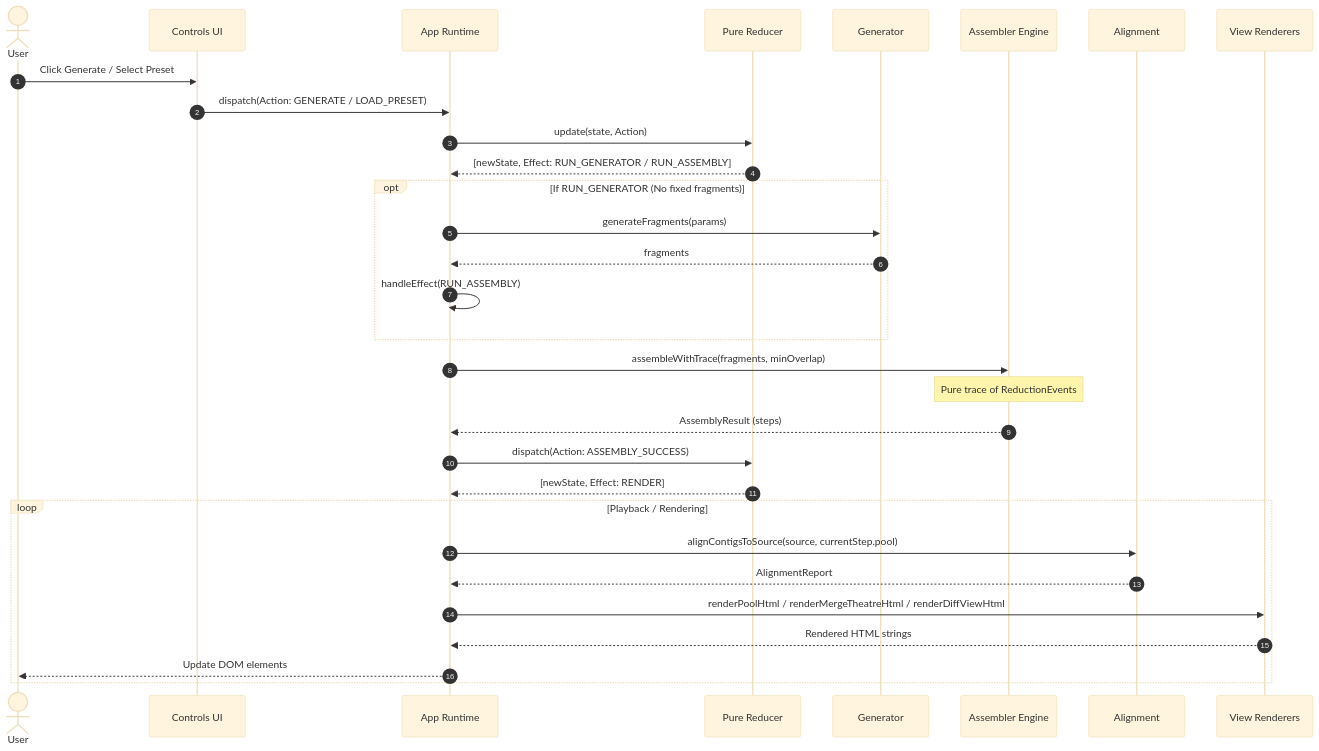
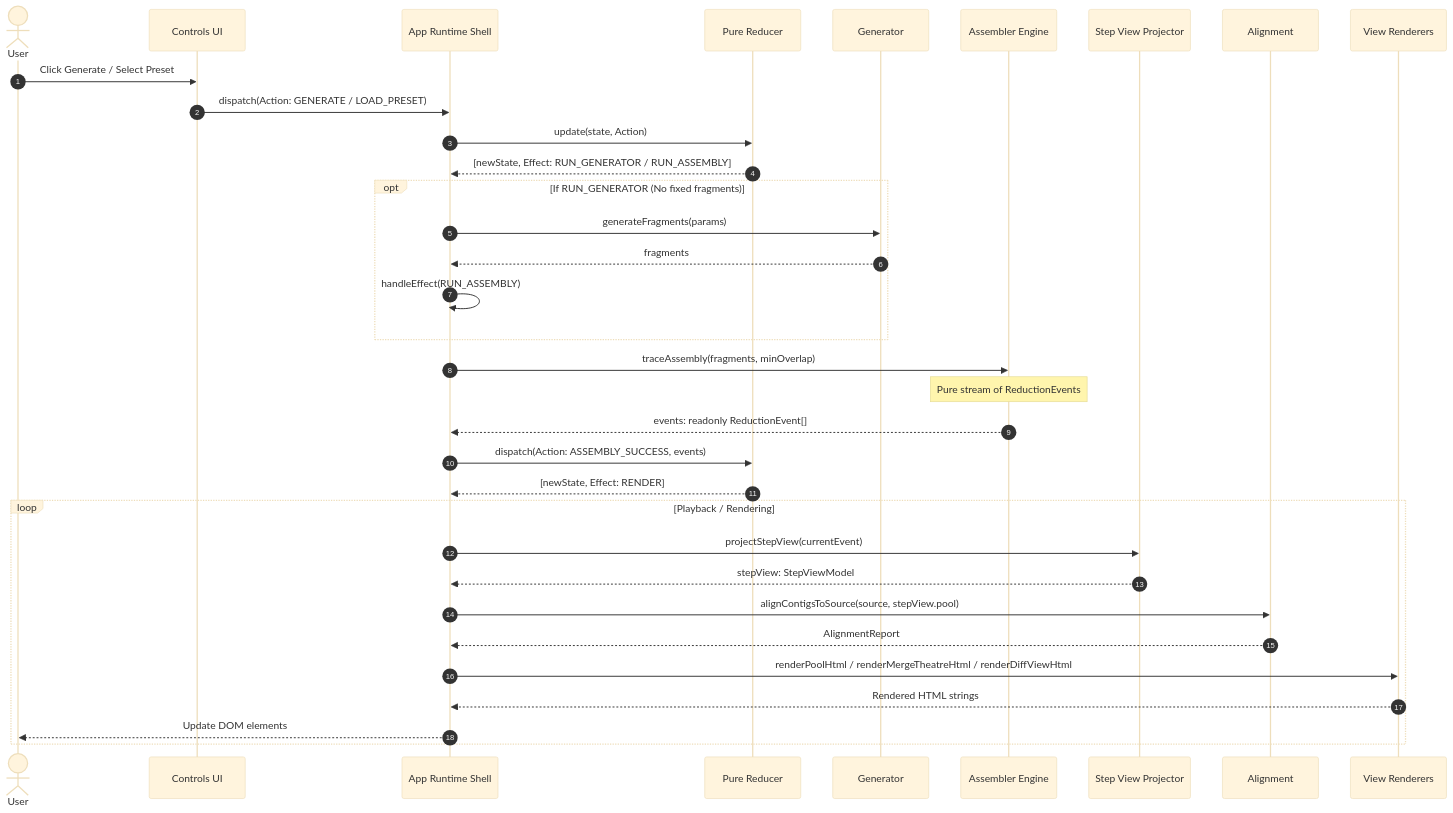
Before and after one commit to frankhjung/typescript-reconstruct-strings-web: the second of 2 diagrams in README.md, drawn with Mermaid (base theme). The commit also changed other lines of this file and 23 other files, not shown here.

Commit message:
refactor: unify assembly trace architecture around pure ReductionEvent types and replace stepDetails with stepView

````diff
--- a/README.md
+++ b/README.md
@@ -24,38 +84,41 @@
 ```mermaid
 sequenceDiagram
-  autonumber
-  actor User
-  participant UI as Controls UI
-  participant App as App Runtime
-  participant Store as Pure Reducer
-  participant Gen as Generator
-  participant Asm as Assembler Engine
-  participant Align as Alignment
-  participant View as View Renderers
+    autonumber
+    actor User
+    participant UI as Controls UI
+    participant App as App Runtime Shell
+    participant Store as Pure Reducer
+    participant Gen as Generator
+    participant Asm as Assembler Engine
+    participant StepView as Step View Projector
+    participant Align as Alignment
+    participant View as View Renderers
 
-  User->>UI: Click Generate / Select Preset
-  UI->>App: dispatch(Action: GENERATE / LOAD_PRESET)
-  App->>Store: update(state, Action)
-  Store-->>App: [newState, Effect: RUN_GENERATOR / RUN_ASSEMBLY]
+    User->>UI: Click Generate / Select Preset
+    UI->>App: dispatch(Action: GENERATE / LOAD_PRESET)
+    App->>Store: update(state, Action)
+    Store-->>App: [newState, Effect: RUN_GENERATOR / RUN_ASSEMBLY]
 
-  opt If RUN_GENERATOR (No fixed fragments)
-    App->>Gen: generateFragments(params)
-    Gen-->>App: fragments
-    App->>App: handleEffect(RUN_ASSEMBLY)
-  end
+    opt If RUN_GENERATOR (No fixed fragments)
+        App->>Gen: generateFragments(params)
+        Gen-->>App: fragments
+        App->>App: handleEffect(RUN_ASSEMBLY)
+    end
 
-  App->>Asm: assembleWithTrace(fragments, minOverlap)
-  Note over Asm: Pure trace of ReductionEvents
-  Asm-->>App: AssemblyResult (steps)
+    App->>Asm: traceAssembly(fragments, minOverlap)
+    Note over Asm: Pure stream of ReductionEvents
+    Asm-->>App: events: readonly ReductionEvent[]
 
-  App->>Store: dispatch(Action: ASSEMBLY_SUCCESS)
-  Store-->>App: [newState, Effect: RENDER]
+    App->>Store: dispatch(Action: ASSEMBLY_SUCCESS, events)
+    Store-->>App: [newState, Effect: RENDER]
 
-  loop Playback / Rendering
-    App->>Align: alignContigsToSource(source, currentStep.pool)
-    Align-->>App: AlignmentReport
-    App->>View: renderPoolHtml / renderMergeTheatreHtml / renderDiffViewHtml
-    View-->>App: Rendered HTML strings
-    App-->>User: Update DOM elements
-  end
+    loop Playback / Rendering
+        App->>StepView: projectStepView(currentEvent)
+        StepView-->>App: stepView: StepViewModel
+        App->>Align: alignContigsToSource(source, stepView.pool)
+        Align-->>App: AlignmentReport
+        App->>View: renderPoolHtml / renderMergeTheatreHtml / renderDiffViewHtml
+        View-->>App: Rendered HTML strings
+        App-->>User: Update DOM elements
+    end
 ```
````
